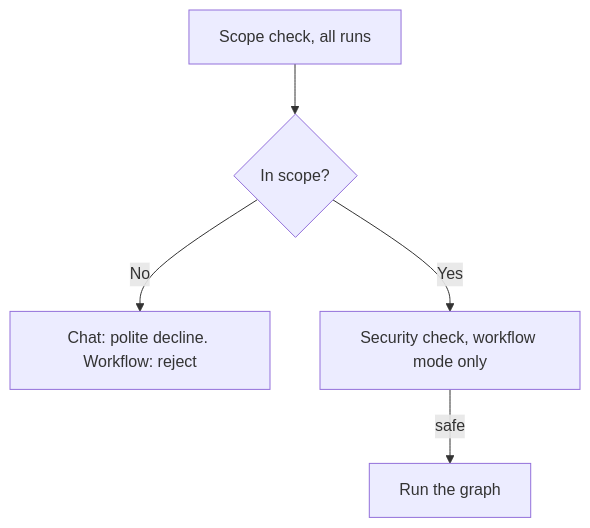
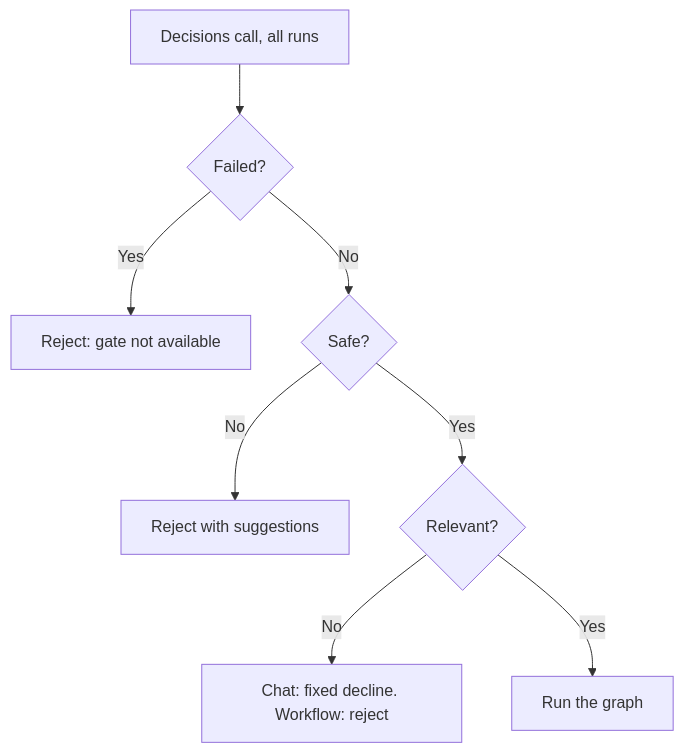
Before and after one commit to Altinn/altinn-studio: the first of 5 diagrams in src/AI/assistant/docs/modules/graph.md, drawn with Mermaid. The commit also changed other lines of this file and 50 other files, not shown here.

````diff
--- a/src/AI/assistant/docs/modules/graph.md
+++ b/src/AI/assistant/docs/modules/graph.md
@@ -9,7 +9,10 @@
 ```mermaid
 flowchart TD
-  S["Scope check, all runs"] --> Q{"In scope?"}
-  Q -- No --> X["Chat: polite decline. Workflow: reject"]
-  Q -- Yes --> I["Security check, workflow mode only"]
-  I -- "safe" --> G["Run the graph"]
+  D["Decisions call, all runs"] --> F{"Failed?"}
+  F -- Yes --> U["Reject: gate not available"]
+  F -- No --> S{"Safe?"}
+  S -- No --> R["Reject with suggestions"]
+  S -- Yes --> Q{"Relevant?"}
+  Q -- No --> X["Chat: fixed decline. Workflow: reject"]
+  Q -- Yes --> G["Run the graph"]
 ```
````
